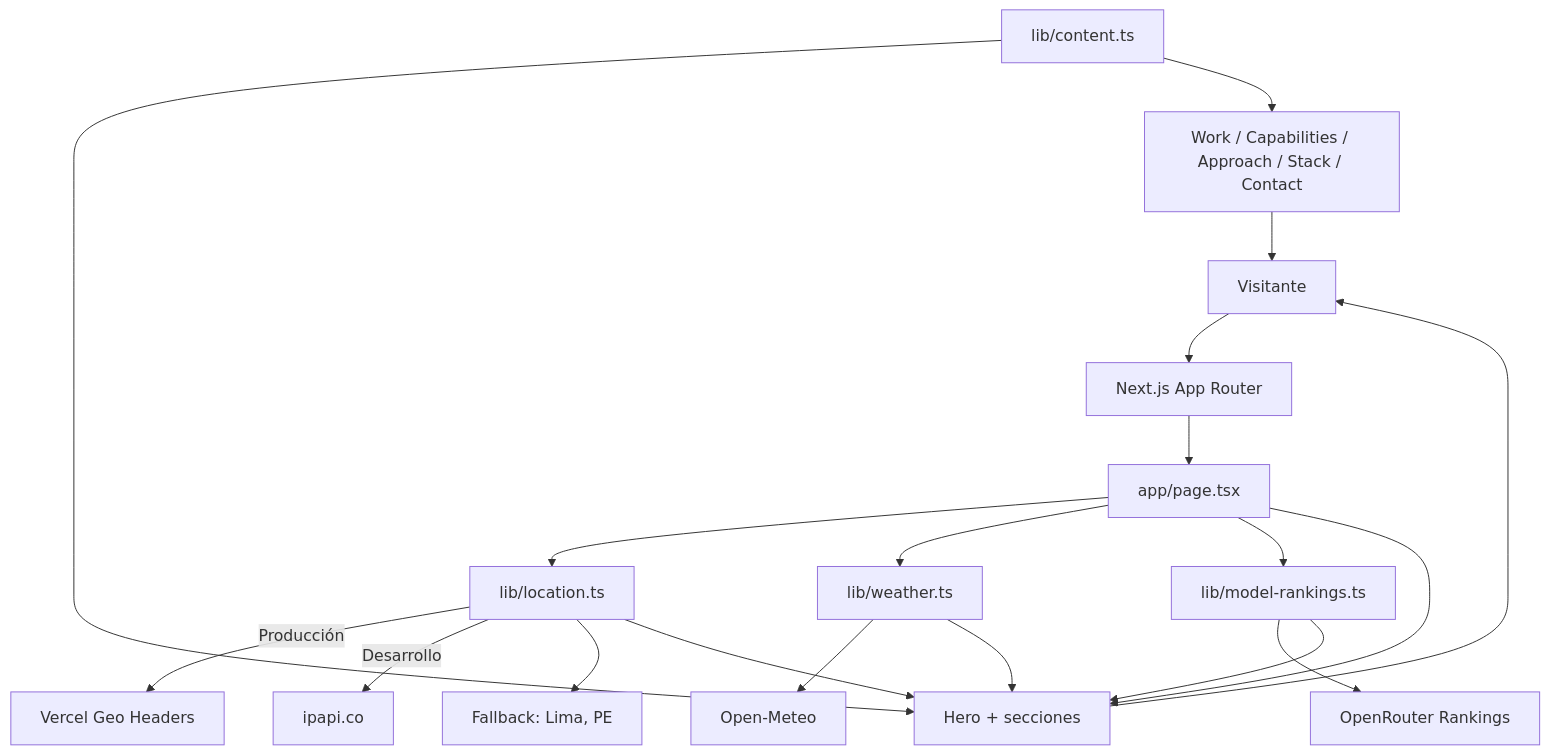
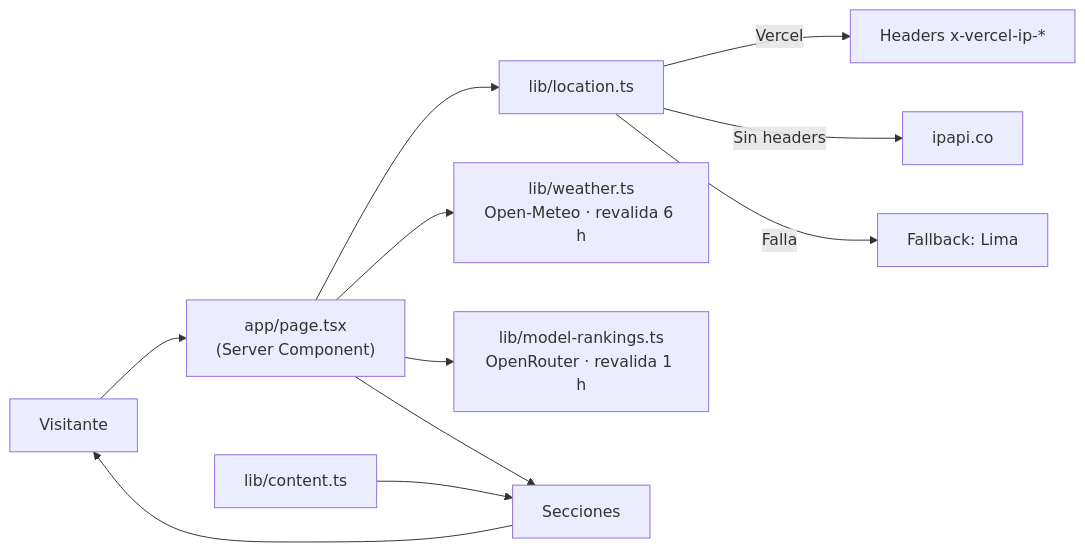
The diagram in README.md (phpeitor/portfolio-next), drawn with Mermaid before and after one commit. The commit also changed other lines of this file and 1 other file, not shown here.

````diff
--- a/README.md
+++ b/README.md
@@ -38,21 +35,12 @@
 ```mermaid
-flowchart TD
-    Browser[Visitante] --> Next[Next.js App Router]
-    Next --> Page[app/page.tsx]
-    Page --> Location[lib/location.ts]
-    Location -->|Producción| VercelGeo[Vercel Geo Headers]
-    Location -->|Desarrollo| IPAPI[ipapi.co]
-    Location --> Fallback[Fallback: Lima, PE]
-    Page --> Weather[lib/weather.ts]
-    Weather --> OpenMeteo[Open-Meteo]
-    Page --> Rankings[lib/model-rankings.ts]
-    Rankings --> OpenRouter[OpenRouter Rankings]
-    Page --> Hero[Hero + secciones]
-    Location --> Hero
-    Weather --> Hero
-    Rankings --> Hero
-    Hero --> Browser
-    Content[lib/content.ts] --> Hero
-    Content --> Sections[Work / Capabilities / Approach / Stack / Contact]
-    Sections --> Browser
+flowchart LR
+    V[Visitante] --> P["app/page.tsx<br/>(Server Component)"]
+    P --> L[lib/location.ts]
+    L -->|Vercel| H[Headers x-vercel-ip-*]
+    L -->|Sin headers| I[ipapi.co]
+    L -->|Falla| F[Fallback: Lima]
+    P --> W["lib/weather.ts<br/>Open-Meteo · revalida 6 h"]
+    P --> R["lib/model-rankings.ts<br/>OpenRouter · revalida 1 h"]
+    C[lib/content.ts] --> S[Secciones]
+    P --> S --> V
 ```
````
